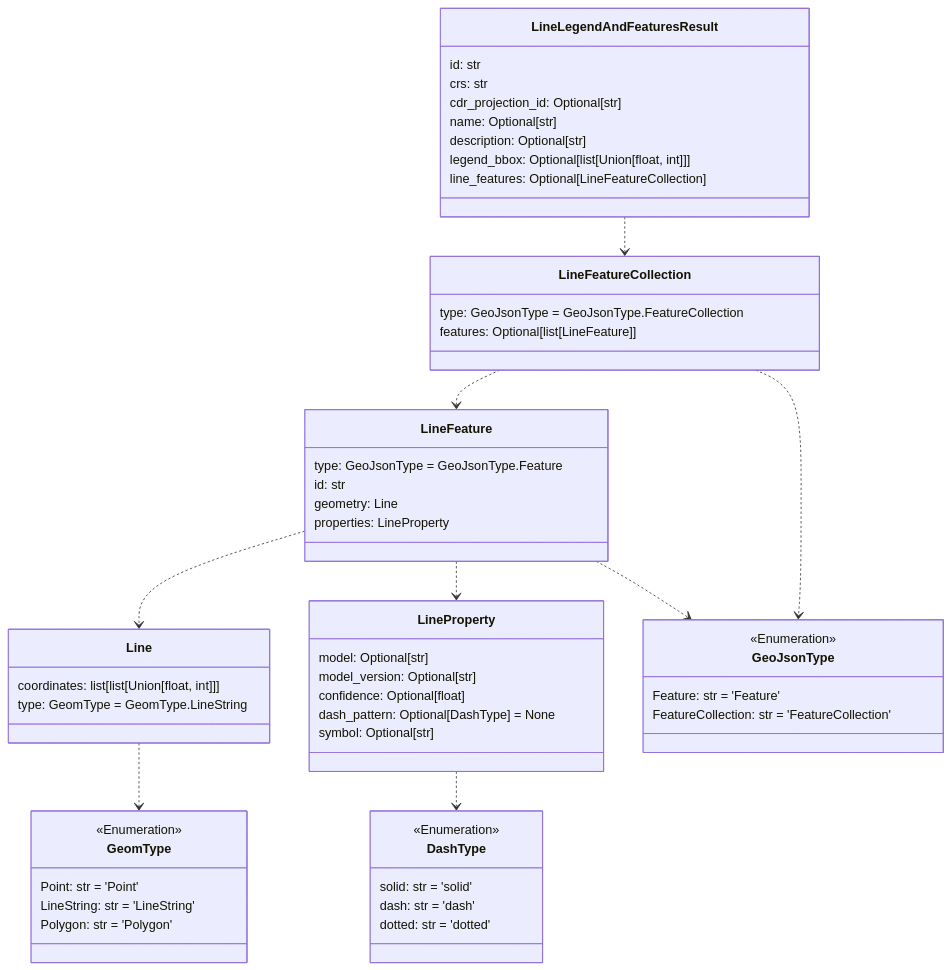
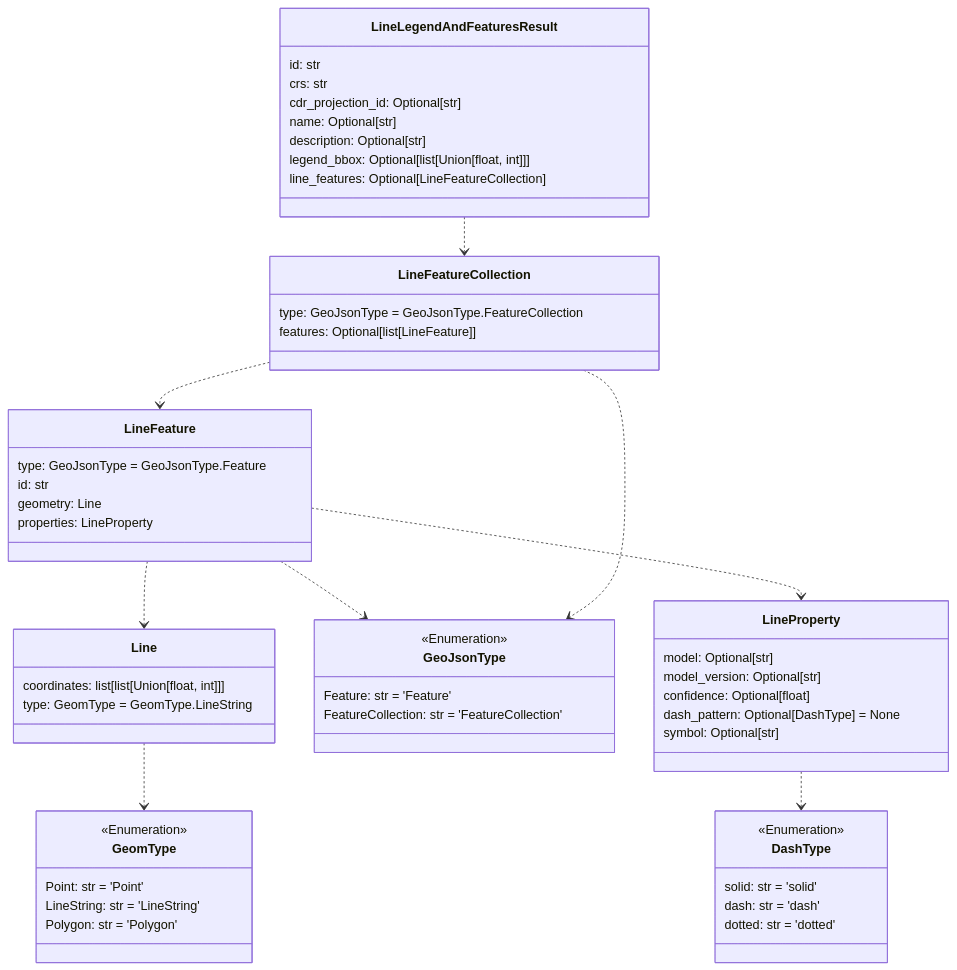
One commit to DARPA-CRITICALMAAS/cdr_schemas changed the fifth of 11 diagrams in README.md. Above: the diagram before and after it, drawn with Mermaid. The commit also changed other lines of this file and 6 other files, not shown here.

Commit message:
ta2 schemas, docs, results changes

````diff
--- a/README.md
+++ b/README.md
@@ -348,69 +348,69 @@
 ```mermaid
 classDiagram
 
-    class LineFeature {
-        type: GeoJsonType = GeoJsonType.Feature
-        id: str
-        geometry: Line
-        properties: LineProperty
+    class LineFeatureCollection {
+        type: GeoJsonType = GeoJsonType.FeatureCollection
+        features: Optional[list[LineFeature]]
     }
 
     class DashType {
         <<Enumeration>>
         solid: str = 'solid'
         dash: str = 'dash'
         dotted: str = 'dotted'
     }
 
-    class GeomType {
-        <<Enumeration>>
-        Point: str = 'Point'
-        LineString: str = 'LineString'
-        Polygon: str = 'Polygon'
+    class Line {
+        coordinates: list[list[Union[float, int]]]
+        type: GeomType = GeomType.LineString
     }
 
     class GeoJsonType {
         <<Enumeration>>
         Feature: str = 'Feature'
         FeatureCollection: str = 'FeatureCollection'
     }
 
-    class Line {
-        coordinates: list[list[Union[float, int]]]
-        type: GeomType = GeomType.LineString
-    }
-
     class LineProperty {
         model: Optional[str]
         model_version: Optional[str]
         confidence: Optional[float]
         dash_pattern: Optional[DashType] = None
         symbol: Optional[str]
+    }
+
+    class GeomType {
+        <<Enumeration>>
+        Point: str = 'Point'
+        LineString: str = 'LineString'
+        Polygon: str = 'Polygon'
     }
 
     class LineLegendAndFeaturesResult {
         id: str
         crs: str
         cdr_projection_id: Optional[str]
         name: Optional[str]
         description: Optional[str]
         legend_bbox: Optional[list[Union[float, int]]]
         line_features: Optional[LineFeatureCollection]
     }
 
-    class LineFeatureCollection {
-        type: GeoJsonType = GeoJsonType.FeatureCollection
-        features: Optional[list[LineFeature]]
+    class LineFeature {
+        type: GeoJsonType = GeoJsonType.Feature
+        id: str
+        geometry: Line
+        properties: LineProperty
     }
 
     Line ..> GeomType
     LineProperty ..> DashType
     LineFeature ..> Line
+    LineFeature ..> GeoJsonType
     LineFeature ..> LineProperty
-    LineFeature ..> GeoJsonType
+    LineFeatureCollection ..> GeoJsonType
     LineFeatureCollection ..> LineFeature
-    LineFeatureCollection ..> GeoJsonType
     LineLegendAndFeaturesResult ..> LineFeatureCollection
 
 
 ```
````
